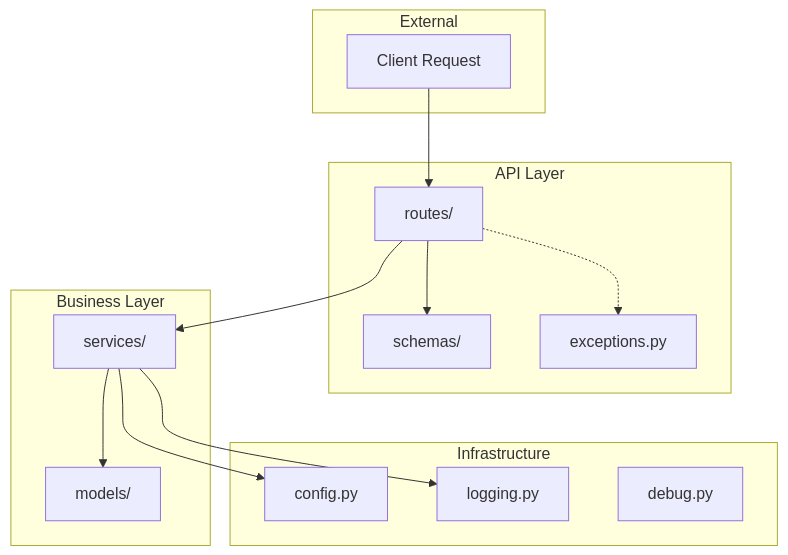
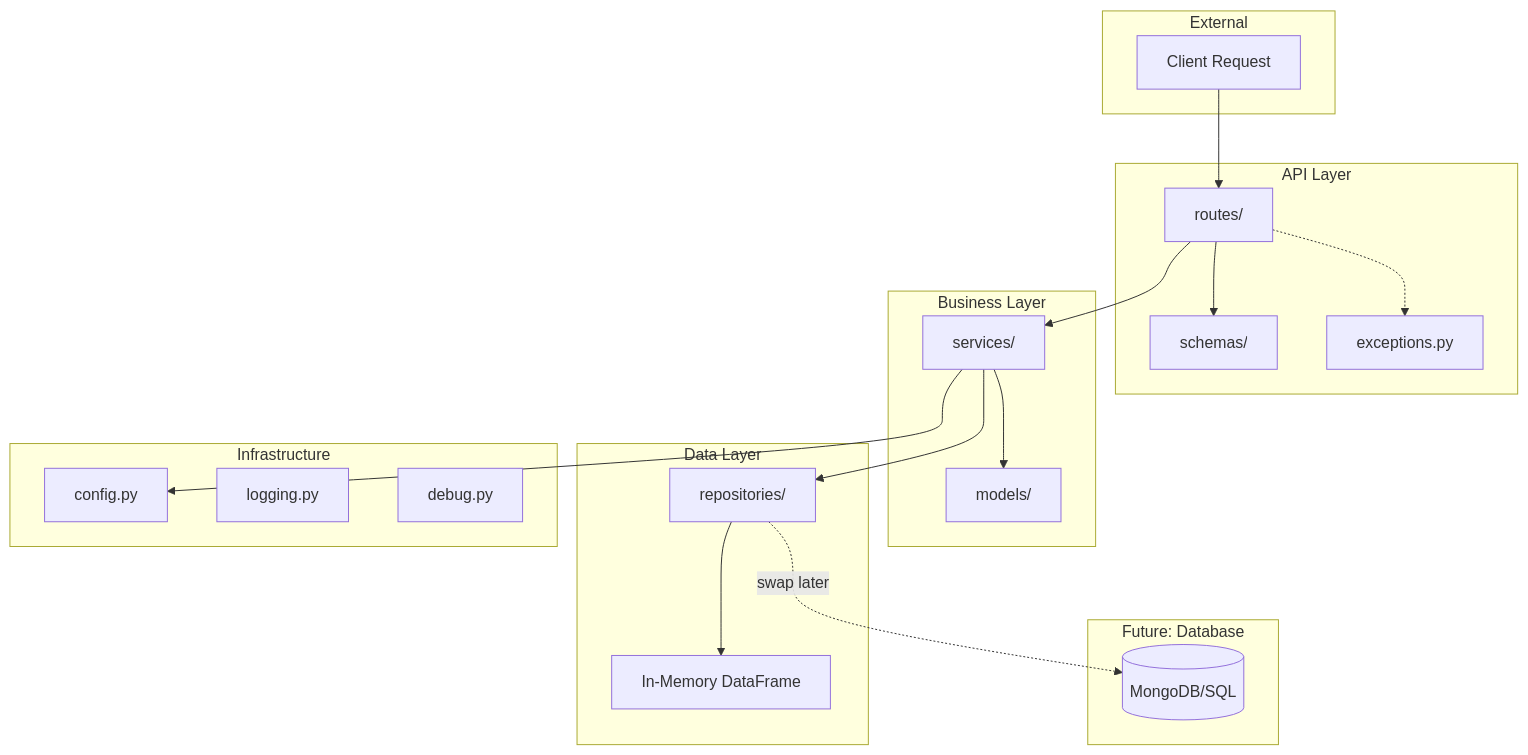
One commit to ikaric/python-template changed the first of 4 diagrams in README.md. Above: the diagram before and after it, drawn with Mermaid. The commit also changed other lines of this file and 12 other files, not shown here.

````diff
--- a/README.md
+++ b/README.md
@@ -108,31 +108,42 @@
 ```mermaid
 graph TB
     subgraph external[External]
         Client[Client Request]
     end
 
     subgraph api[API Layer]
         Routes[routes/]
         Schemas[schemas/]
         Exceptions[exceptions.py]
     end
 
     subgraph business[Business Layer]
         Services[services/]
         Models[models/]
     end
 
+    subgraph data[Data Layer]
+        Repos[repositories/]
+        Storage[In-Memory DataFrame]
+    end
+
     subgraph infra[Infrastructure]
         Config[config.py]
         Logging[logging.py]
         Debug[debug.py]
     end
 
+    subgraph future[Future: Database]
+        DB[(MongoDB/SQL)]
+    end
+
     Client --> Routes
     Routes --> Schemas
     Routes --> Services
     Services --> Models
+    Services --> Repos
+    Repos --> Storage
+    Repos -.->|swap later| DB
     Routes -.-> Exceptions
     Services --> Config
-    Services --> Logging
 ```
````
